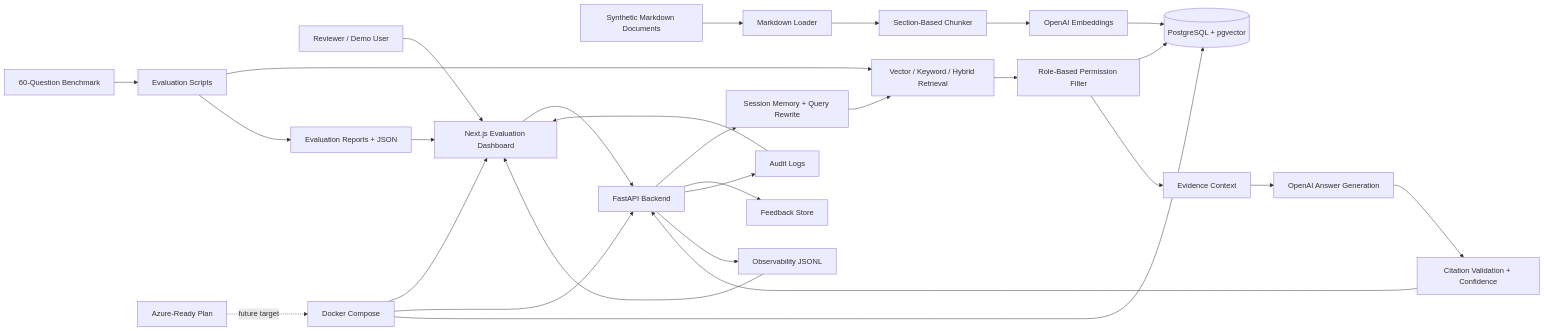
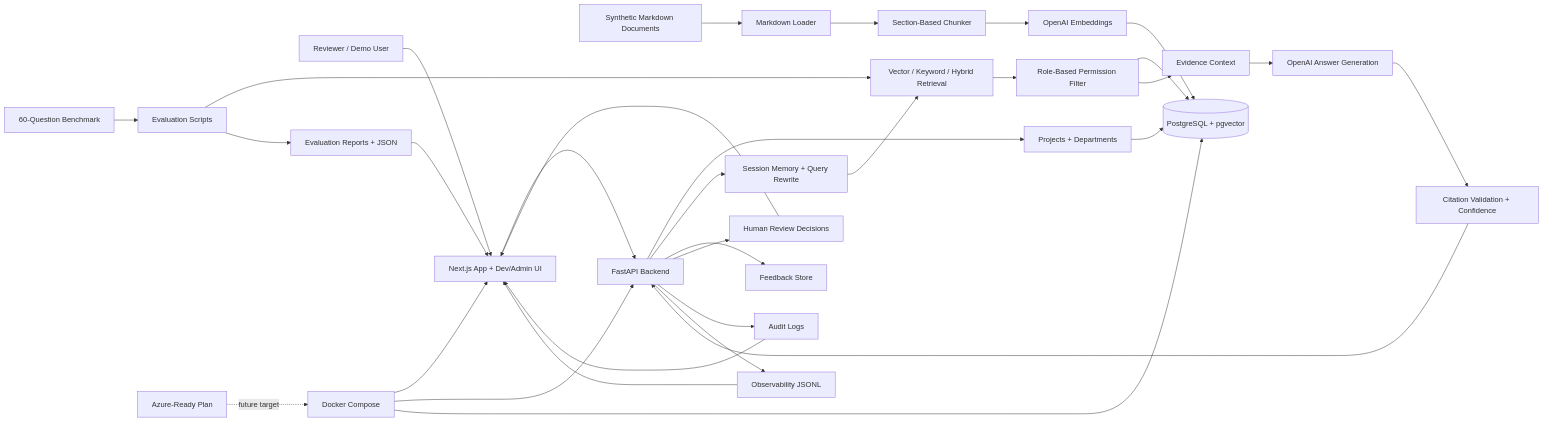
Before and after one commit to christiankfoury/proofbase-rag: the diagram in docs/demo/architecture-diagram.md, drawn with Mermaid. The commit also changed other lines of this file and 13 other files, not shown here.

First line of the commit message:
Polish recruiter presentation flow

````diff
--- a/docs/demo/architecture-diagram.md
+++ b/docs/demo/architecture-diagram.md
@@ -27,35 +29,40 @@
 ```mermaid
 flowchart LR
   Docs[Synthetic Markdown Documents] --> Loader[Markdown Loader]
   Loader --> Chunker[Section-Based Chunker]
   Chunker --> Embeddings[OpenAI Embeddings]
   Embeddings --> DB[(PostgreSQL + pgvector)]
 
-  User[Reviewer / Demo User] --> Web[Next.js Evaluation Dashboard]
+  User[Reviewer / Demo User] --> Web[Next.js App + Dev/Admin UI]
   Web --> API[FastAPI Backend]
+
+  API --> Projects[Projects + Departments]
+  Projects --> DB
 
   API --> Memory[Session Memory + Query Rewrite]
   Memory --> Retrieve[Vector / Keyword / Hybrid Retrieval]
   Retrieve --> Perms[Role-Based Permission Filter]
   Perms --> DB
   Perms --> Evidence[Evidence Context]
   Evidence --> Generator[OpenAI Answer Generation]
   Generator --> Validation[Citation Validation + Confidence]
   Validation --> API
 
   API --> Feedback[Feedback Store]
+  API --> Reviews[Human Review Decisions]
   API --> Audit[Audit Logs]
   API --> Logs[Observability JSONL]
 
   Benchmark[60-Question Benchmark] --> Eval[Evaluation Scripts]
   Eval --> Retrieve
   Eval --> Reports[Evaluation Reports + JSON]
   Reports --> Web
+  Reviews --> Web
   Logs --> Web
   Audit --> Web
 
   Compose[Docker Compose] --> Web
   Compose --> API
   Compose --> DB
   Azure[Azure-Ready Plan] -. future target .-> Compose
 ```
````
